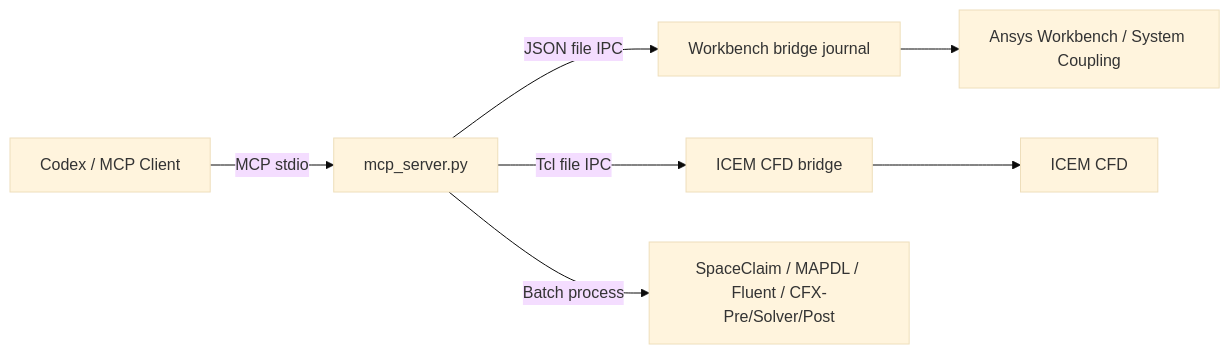
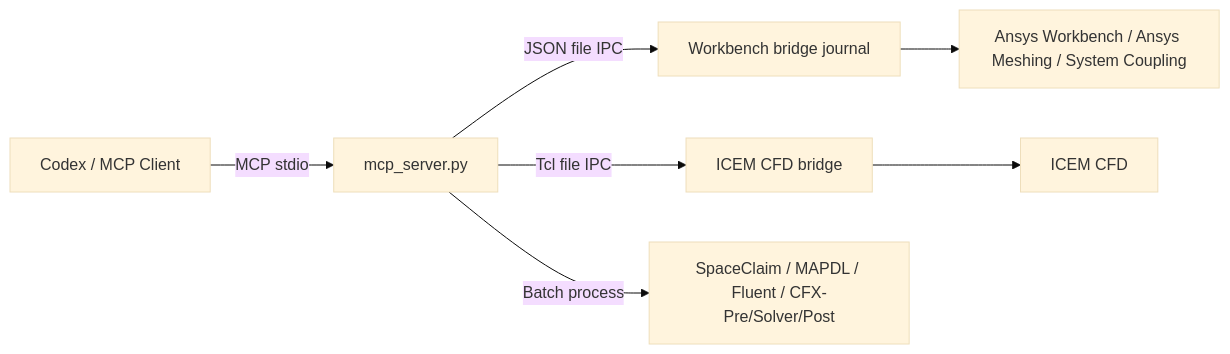
The diagram in README.en.md (hongwenwang36-eng/ANSYS-Workbench-mcp), drawn with Mermaid (base theme) before and after one commit. The commit also changed other lines of this file and 72 other files, not shown here.

````diff
--- a/README.en.md
+++ b/README.en.md
@@ -37,9 +49,9 @@
 ```mermaid
 flowchart LR
     A[Codex / MCP Client] -->|MCP stdio| B[mcp_server.py]
     B -->|JSON file IPC| C[Workbench bridge journal]
     B -->|Tcl file IPC| D[ICEM CFD bridge]
     B -->|Batch process| E[SpaceClaim / MAPDL / Fluent / CFX-Pre/Solver/Post]
-    C --> F[Ansys Workbench / System Coupling]
+    C --> F[Ansys Workbench / Ansys Meshing / System Coupling]
     D --> G[ICEM CFD]
 ```
````
